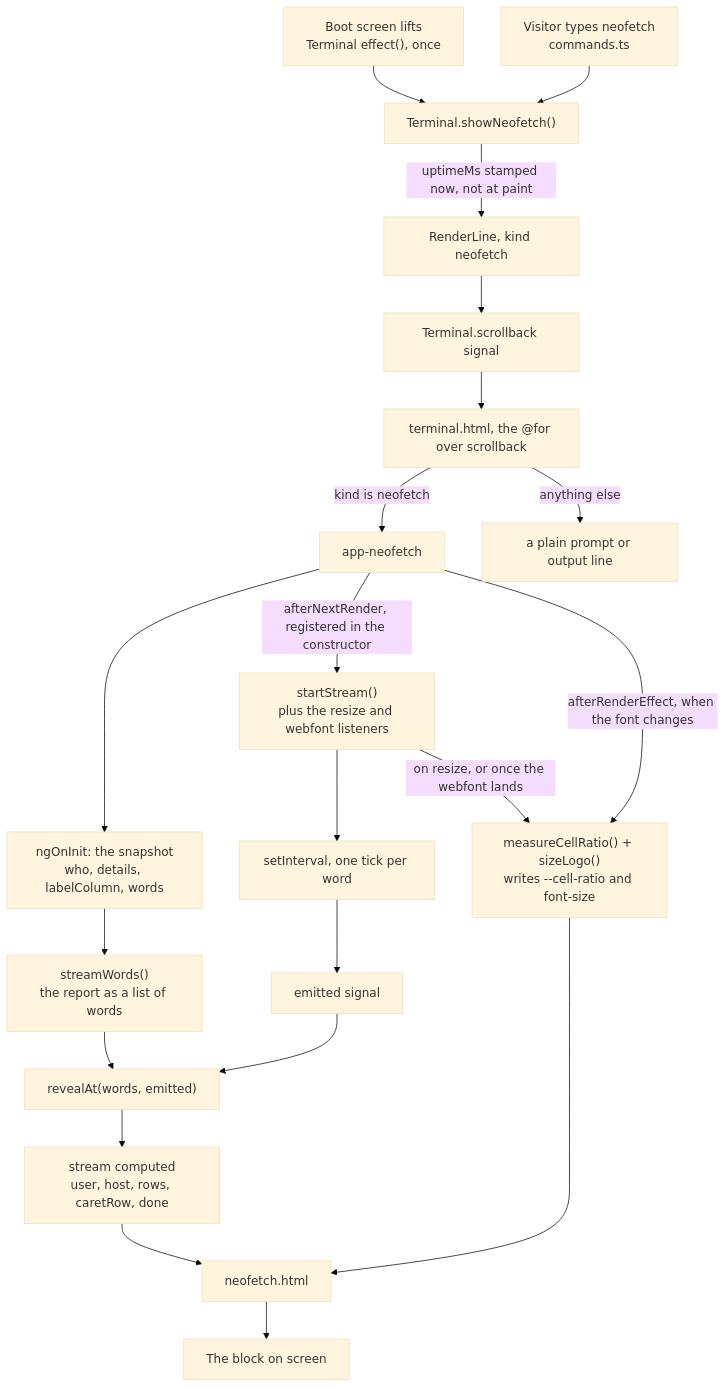
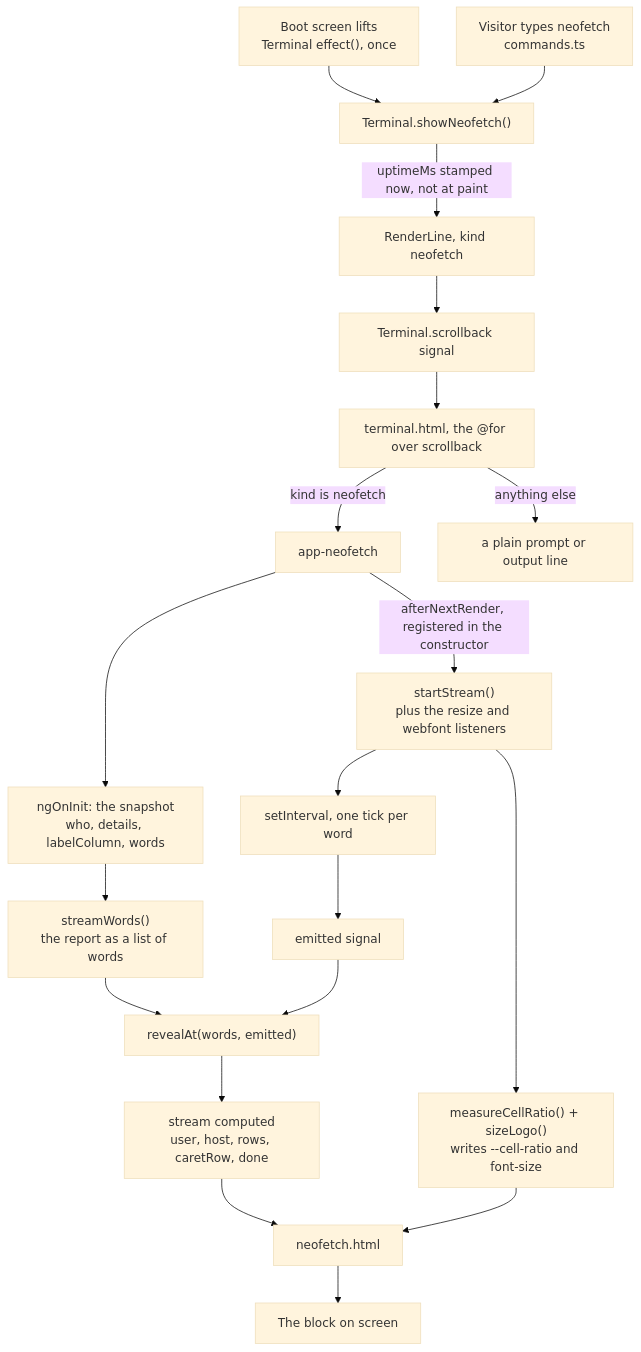
The first of 2 diagrams in docs/neofetch.md (mjerta/mpdev-terminal-frontend), drawn with Mermaid (base theme) before and after one commit. The commit also changed other lines of this file and 7 other files, not shown here.

First line of the commit message:
Stop the logo leaning when a different font is chosen

````diff
--- a/docs/neofetch.md
+++ b/docs/neofetch.md
@@ -12,31 +12,30 @@
 ```mermaid
 flowchart TD
   BOOT["Boot screen lifts<br/>Terminal effect(), once"]
   CMD["Visitor types neofetch<br/>commands.ts"]
 
   BOOT --> SHOW["Terminal.showNeofetch()"]
   CMD --> SHOW
 
   SHOW -->|"uptimeMs stamped now, not at paint"| LINE["RenderLine, kind neofetch"]
   LINE --> SB["Terminal.scrollback signal"]
   SB --> LOOP["terminal.html, the @for over scrollback"]
 
   LOOP -->|"kind is neofetch"| COMP["app-neofetch"]
   LOOP -->|"anything else"| PLAIN["a plain prompt or output line"]
 
   COMP --> INIT["ngOnInit: the snapshot<br/>who, details, labelColumn, words"]
   INIT --> PLAN["streamWords()<br/>the report as a list of words"]
   COMP -->|"afterNextRender, registered in the constructor"| RENDER["startStream()<br/>plus the resize and webfont listeners"]
 
   RENDER --> TIMER["setInterval, one tick per word"]
   TIMER --> EMIT["emitted signal"]
   PLAN --> REVEAL["revealAt(words, emitted)"]
   EMIT --> REVEAL
   REVEAL --> STREAM["stream computed<br/>user, host, rows, caretRow, done"]
 
   STREAM --> TPL["neofetch.html"]
-  COMP -->|"afterRenderEffect, when the font changes"| SIZE["measureCellRatio() + sizeLogo()<br/>writes --cell-ratio and font-size"]
-  RENDER -->|"on resize, or once the webfont lands"| SIZE
+  RENDER --> SIZE["measureCellRatio() + sizeLogo()<br/>writes --cell-ratio and font-size"]
   SIZE --> TPL
   TPL --> OUT["The block on screen"]
 ```
````
